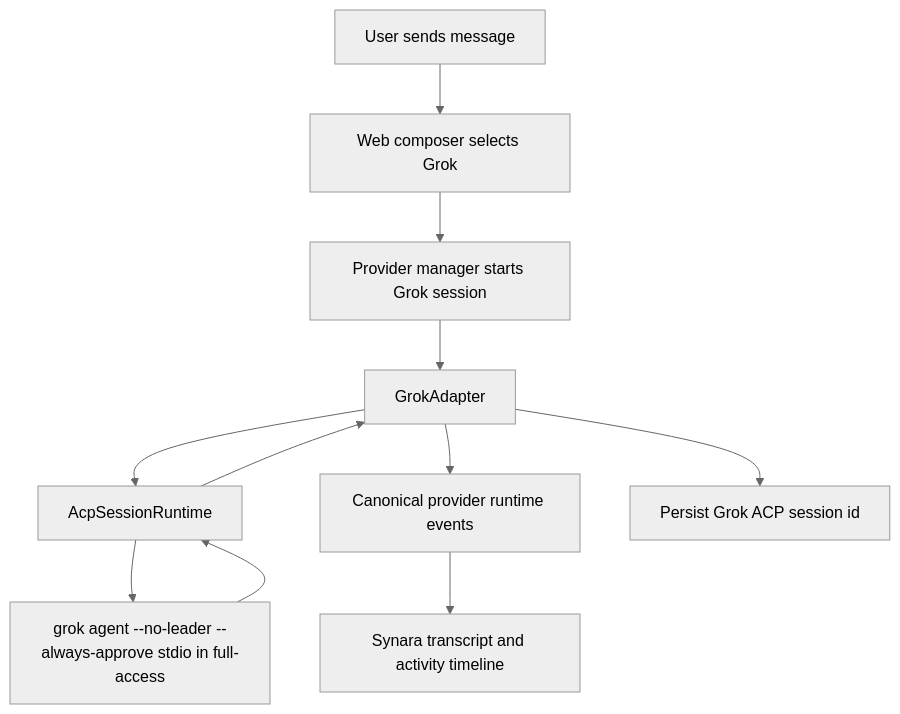
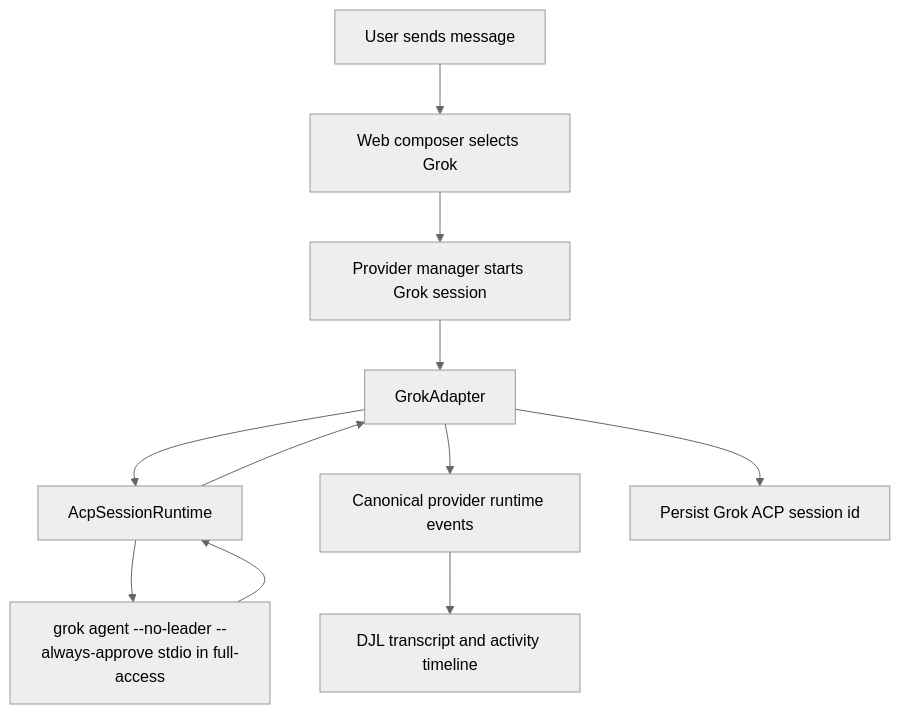
Before and after one commit to Anthonysu798/DJL: the diagram in docs/RECAP-grok-provider.md, drawn with Mermaid (neutral theme). The commit also changed other lines of this file and 1966 other files, not shown here.

First line of the commit message:
Rename Synara to DJL everywhere (#50)

````diff
--- a/docs/RECAP-grok-provider.md
+++ b/docs/RECAP-grok-provider.md
@@ -29,13 +29,13 @@
 ```mermaid
 flowchart TD
   User[User sends message] --> Web[Web composer selects Grok]
   Web --> Server[Provider manager starts Grok session]
   Server --> Adapter[GrokAdapter]
   Adapter --> Runtime[AcpSessionRuntime]
   Runtime --> CLI[grok agent --no-leader --always-approve stdio in full-access]
   CLI --> Runtime
   Runtime --> Adapter
   Adapter --> Events[Canonical provider runtime events]
-  Events --> Transcript[Synara transcript and activity timeline]
+  Events --> Transcript[DJL transcript and activity timeline]
   Adapter --> Resume[Persist Grok ACP session id]
 ```
````
